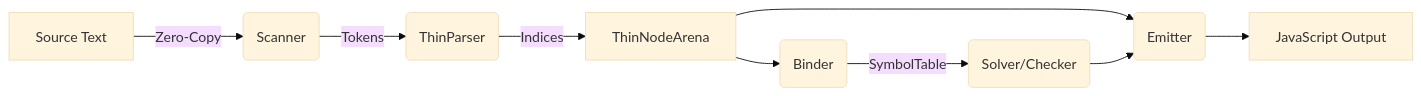
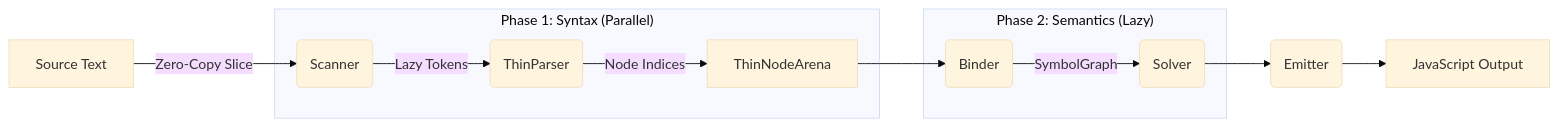
One commit to mohsen1/TypeScript changed the diagram in wasm/specs/WASM_ARCHITECTURE.md. Above: the diagram before and after it, drawn with Mermaid (base theme). The commit also changed other lines of this file and 3 other files, not shown here.

First line of the commit message:
Refactor WASM Compiler Architecture and Add Benchmark Review

````diff
--- a/wasm/specs/WASM_ARCHITECTURE.md
+++ b/wasm/specs/WASM_ARCHITECTURE.md
@@ -48,10 +20,23 @@
 ```mermaid
 graph LR
-    A[Source Text] -->|Zero-Copy| B(Scanner)
-    B -->|Tokens| C(ThinParser)
-    C -->|Indices| D[ThinNodeArena]
+    A[Source Text] -->|Zero-Copy Slice| B(Scanner)
+    B -->|Lazy Tokens| C(ThinParser)
+    C -->|Node Indices| D[ThinNodeArena]
+
+    subgraph "Phase 1: Syntax (Parallel)"
+    B
+    C
+    D
+    end
+
     D --> E(Binder)
-    E -->|SymbolTable| F(Solver/Checker)
-    D & F --> G(Emitter)
+    E -->|SymbolGraph| F(Solver)
+
+    subgraph "Phase 2: Semantics (Lazy)"
+    E
+    F
+    end
+
+    F --> G(Emitter)
     G --> H[JavaScript Output]
 ```
````
